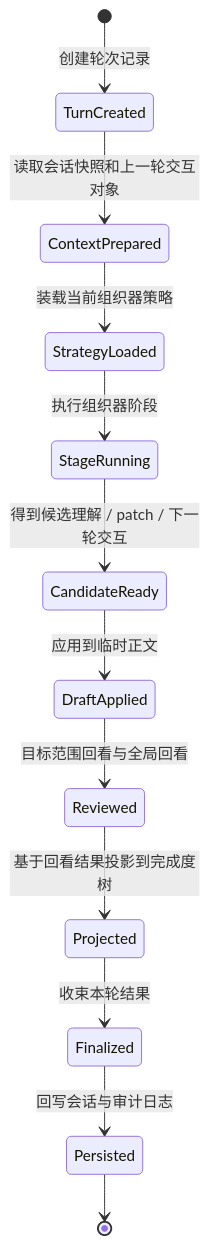
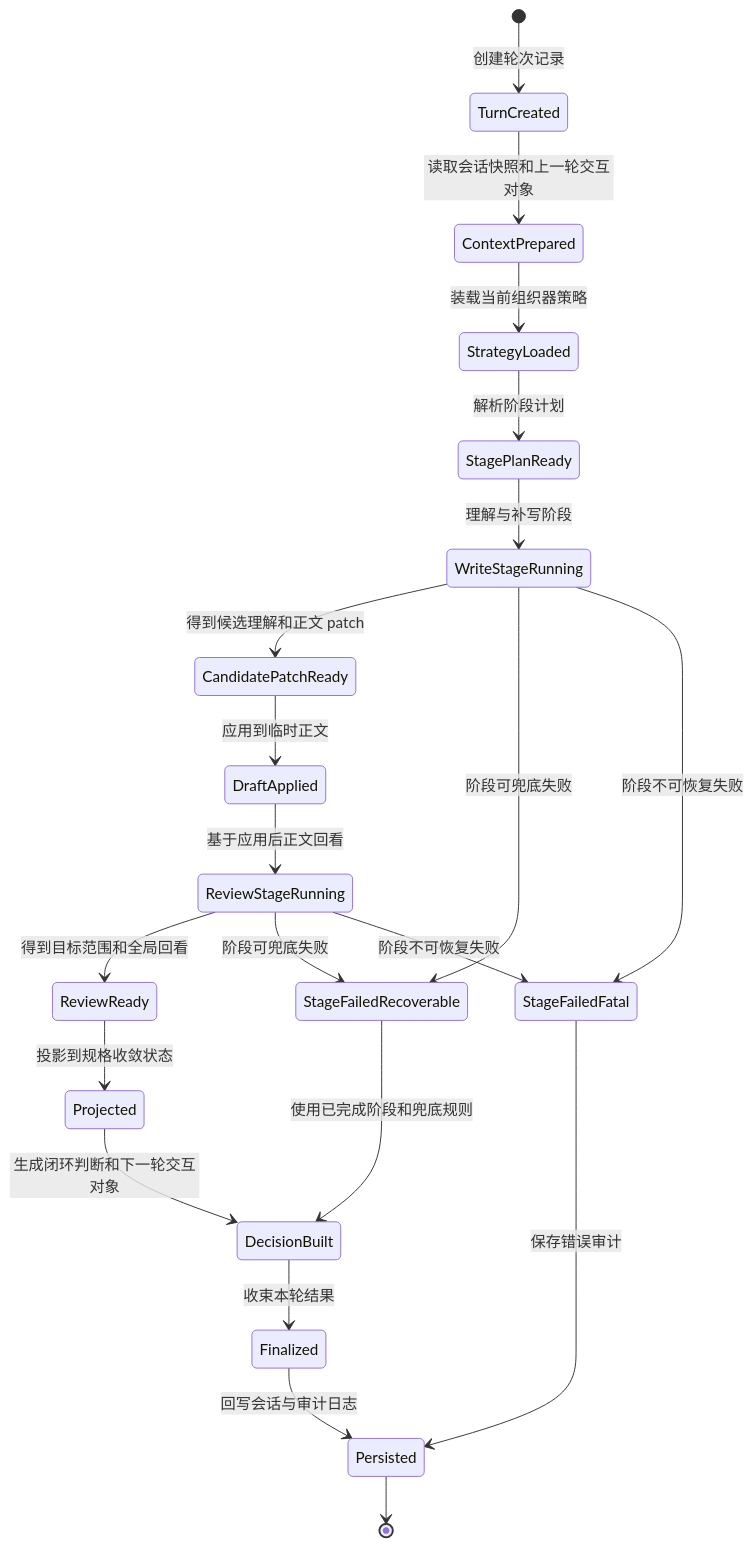
Before and after one commit to wgwtest/CodeFactoryV2: diagram 23 of 35 in DOC/CODEX_DOC/02_设计说明/P2_需求分析系统/P2-需求分析系统设计.md, drawn with Mermaid. The commit also changed other lines of this file and 17 other files, not shown here.

````diff
--- a/DOC/CODEX_DOC/02_设计说明/P2_需求分析系统/P2-需求分析系统设计.md
+++ b/DOC/CODEX_DOC/02_设计说明/P2_需求分析系统/P2-需求分析系统设计.md
@@ -2850,14 +2853,23 @@
 ```mermaid
 stateDiagram-v2
   [*] --> TurnCreated: 创建轮次记录
   TurnCreated --> ContextPrepared: 读取会话快照和上一轮交互对象
   ContextPrepared --> StrategyLoaded: 装载当前组织器策略
-  StrategyLoaded --> StageRunning: 执行组织器阶段
-  StageRunning --> CandidateReady: 得到候选理解 / patch / 下一轮交互
-  CandidateReady --> DraftApplied: 应用到临时正文
-  DraftApplied --> Reviewed: 目标范围回看与全局回看
-  Reviewed --> Projected: 基于回看结果投影到完成度树
-  Projected --> Finalized: 收束本轮结果
+  StrategyLoaded --> StagePlanReady: 解析阶段计划
+  StagePlanReady --> WriteStageRunning: 理解与补写阶段
+  WriteStageRunning --> CandidatePatchReady: 得到候选理解和正文 patch
+  CandidatePatchReady --> DraftApplied: 应用到临时正文
+  DraftApplied --> ReviewStageRunning: 基于应用后正文回看
+  ReviewStageRunning --> ReviewReady: 得到目标范围和全局回看
+  ReviewReady --> Projected: 投影到规格收敛状态
+  Projected --> DecisionBuilt: 生成闭环判断和下一轮交互对象
+  DecisionBuilt --> Finalized: 收束本轮结果
   Finalized --> Persisted: 回写会话与审计日志
+  WriteStageRunning --> StageFailedRecoverable: 阶段可兜底失败
+  ReviewStageRunning --> StageFailedRecoverable: 阶段可兜底失败
+  StageFailedRecoverable --> DecisionBuilt: 使用已完成阶段和兜底规则
+  WriteStageRunning --> StageFailedFatal: 阶段不可恢复失败
+  ReviewStageRunning --> StageFailedFatal: 阶段不可恢复失败
+  StageFailedFatal --> Persisted: 保存错误审计
   Persisted --> [*]
 ```
````
